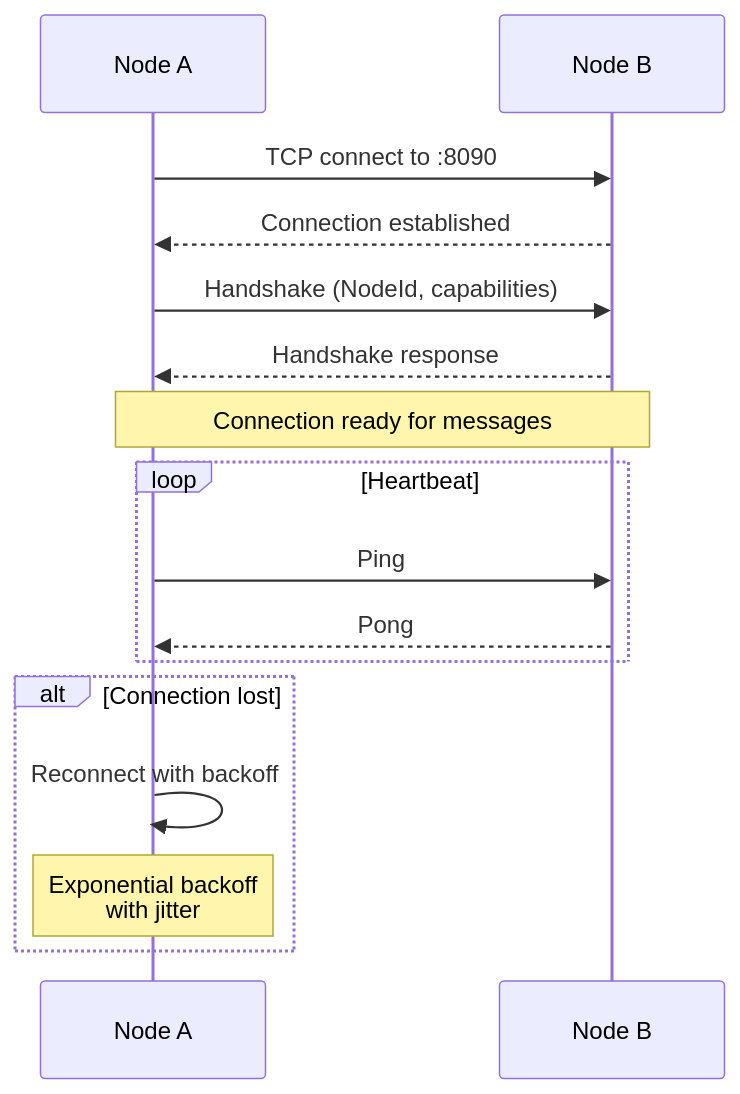
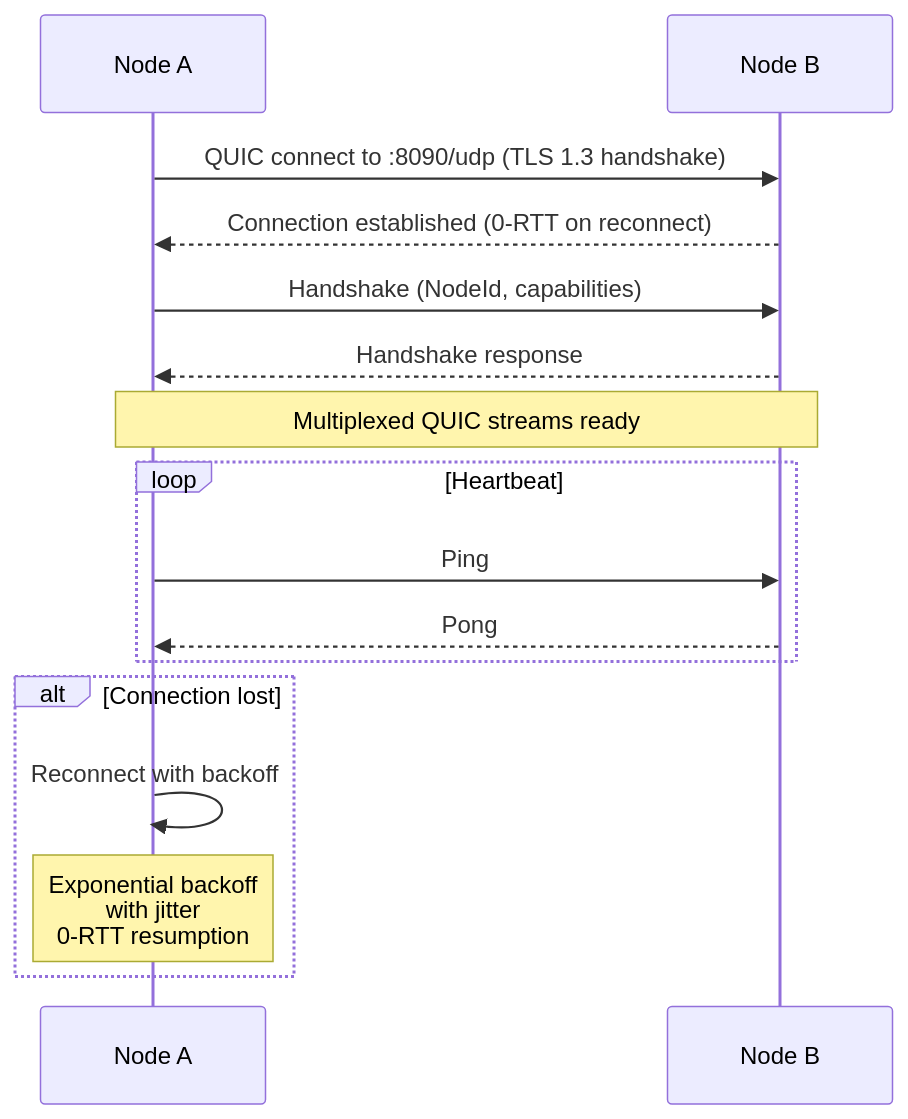
One commit to pragmaticalabs/pragmatica changed the second of 6 diagrams in aether/docs/architecture/04-networking.md. Above: the diagram before and after it, drawn with Mermaid. The commit also changed other lines of this file and 1173 other files, not shown here.

````diff
--- a/aether/docs/architecture/04-networking.md
+++ b/aether/docs/architecture/04-networking.md
@@ -47,23 +47,23 @@
 ```mermaid
 sequenceDiagram
     participant A as Node A
     participant B as Node B
 
-    A->>B: TCP connect to :8090
-    B-->>A: Connection established
+    A->>B: QUIC connect to :8090/udp (TLS 1.3 handshake)
+    B-->>A: Connection established (0-RTT on reconnect)
 
     A->>B: Handshake (NodeId, capabilities)
     B-->>A: Handshake response
 
-    Note over A,B: Connection ready for messages
+    Note over A,B: Multiplexed QUIC streams ready
 
     loop Heartbeat
         A->>B: Ping
         B-->>A: Pong
     end
 
     alt Connection lost
         A->>A: Reconnect with backoff
-        Note over A: Exponential backoff<br/>with jitter
+        Note over A: Exponential backoff<br/>with jitter<br/>0-RTT resumption
     end
 ```
````
